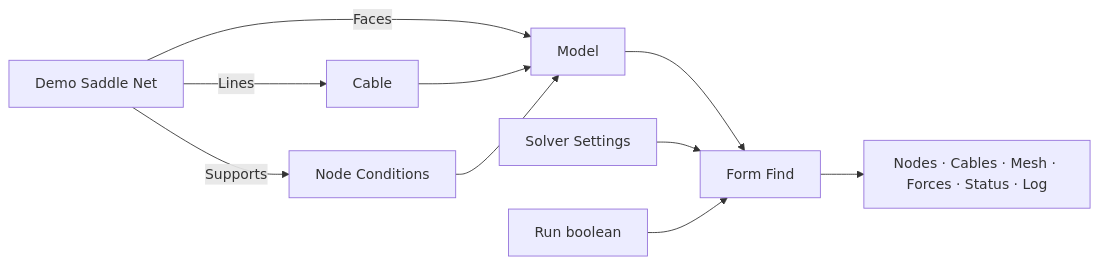
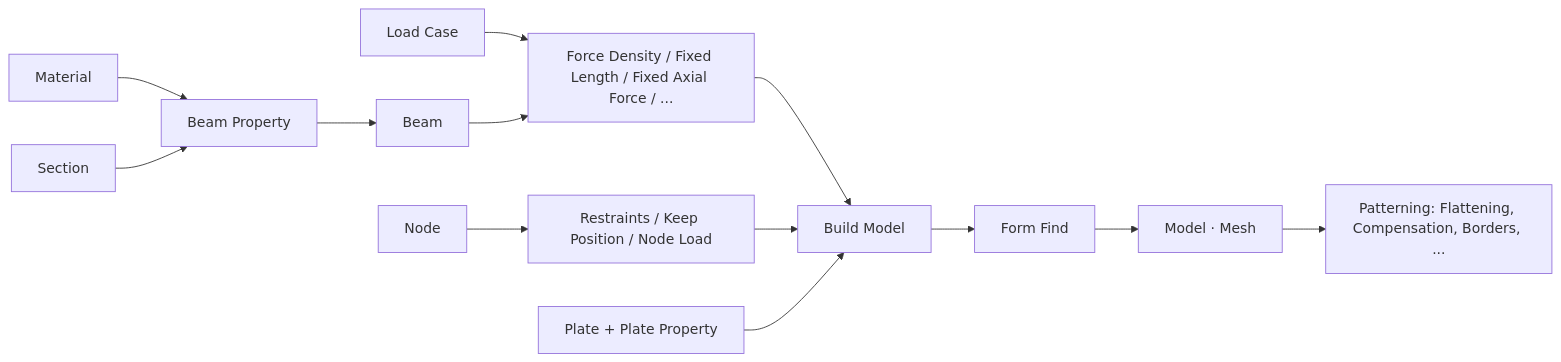
One commit to ITEC-GPA/Arachne changed the diagram in README.md. Above: the diagram before and after it, drawn with Mermaid. The commit also changed other lines of this file and 119 other files, not shown here.

````diff
--- a/README.md
+++ b/README.md
@@ -30,12 +27,15 @@
 ```mermaid
 flowchart LR
-  D[Demo Saddle Net] -->|Lines| C[Cable]
-  D -->|Supports| N[Node Conditions]
-  D -->|Faces| M[Model]
-  C --> M
-  N --> M
-  M --> FF[Form Find]
-  S[Solver Settings] --> FF
-  R[Run boolean] --> FF
-  FF --> O[Nodes · Cables · Mesh · Forces · Status · Log]
+  MAT[Material] --> BP[Beam Property]
+  SEC[Section] --> BP
+  BP --> B[Beam]
+  LC[Load Case] --> FD
+  B --> FD[Force Density / Fixed Length / Fixed Axial Force / ...]
+  N[Node] --> R[Restraints / Keep Position / Node Load]
+  FD --> BM[Build Model]
+  R --> BM
+  PL[Plate + Plate Property] --> BM
+  BM --> FF[Form Find]
+  FF --> OUT[Model · Mesh]
+  OUT --> PAT[Patterning: Flattening, Compensation, Borders, ...]
 ```
````
